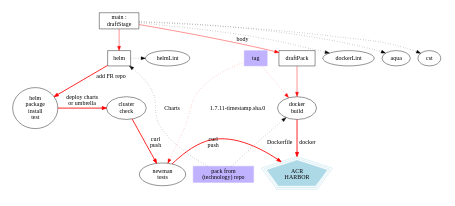
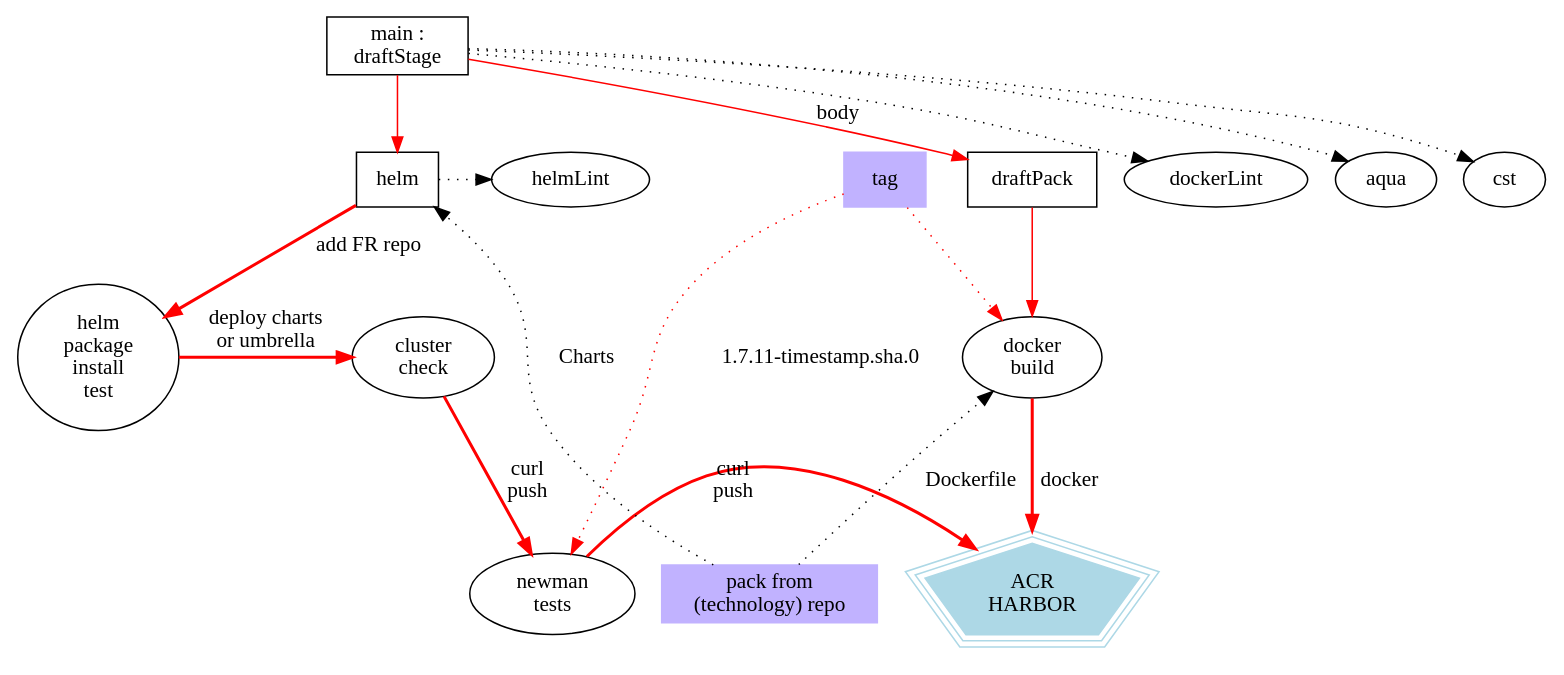
One commit to AlbanAndrieu/jenkins-pipeline-scripts changed the diagram in draftStage.gv. Above: the diagram before and after it, drawn with Graphviz. The commit also changed 9 other files, not shown here.

```diff
--- a/draftStage.gv
+++ b/draftStage.gv
@@ -1,46 +1,45 @@
 digraph G {
-size ="4,4";
 { rank = min; "main";}
 main [label="main :\ndraftStage", shape=box];
 { rank = same; "draftPack"; "dockerLint"; "helm"; "aqua"; "cst"; }
 //main -> {draftPack , dockerLint, helm, aqua, cst}
 main -> draftPack [label=" body", color=red];
 main -> dockerLint [style=dotted];
 draftPack [shape=box]; /* this is a comment */
 draftPack -> build [weight=8, color=red];
 subgraph cluster_1
   {
       aqua; cst;
   }
 main -> aqua [style=dotted];
 main -> cst [style=dotted];
 main -> helm [weight=8, color=red, rankdir=LR];
 { rank = same; "helm"; "helmLint"; }
 helm [shape=box];
 helm -> helmLint [style=dotted];
 subgraph cluster_2
   {
       helmPackage; cluster;
   }
 helm -> helmPackage [weight=5, color=red, style=bold, label="add FR repo"]
 { rank = same; "build"; "helmPackage"; "cluster";  }
 helmPackage [label="helm\npackage\ninstall\ntest"];
 helmPackage -> cluster [color=red, style=bold, label="deploy charts\n or umbrella"]
 cluster [label="cluster\ncheck"];
 cluster -> tests [color=red, style=bold,label="curl\npush"]
 { rank = sink; "tests";}
 tests [label="newman\ntests"];
 tests -> push [color=red, style=bold,label="curl\npush"]
 { rank = sink; "repo"; "push";}
 repo -> build [label="Dockerfile", style=dotted]
 repo -> helm [label="Charts", style=dotted]
 edge [color=red]; // so is this
 build -> push [style=bold,label="docker"];
 build [label="docker\nbuild"];
 node [shape=box,style=filled,color=".7 .3 1.0"];
 repo [label="pack from\n(technology) repo", shape=box,style=filled,color=".7 .3 1.0"];
 push [label="ACR\nHARBOR", shape=polygon,sides=5,peripheries=3,color=lightblue,style=filled];
 tag [label="tag", shape=box,style=filled,color=".7 .3 1.0"];
 tag -> build [label="", style=dotted]
 tag -> tests [label="1.7.11-timestamp.sha.0", style=dotted]
 }
```
